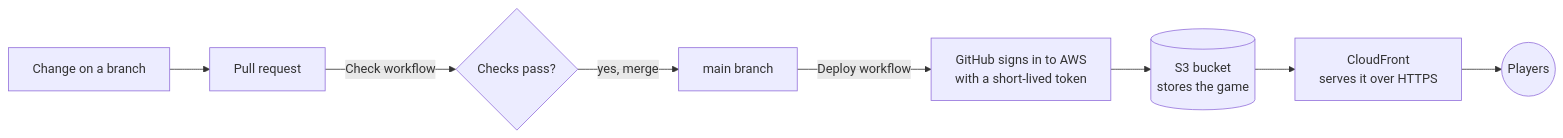
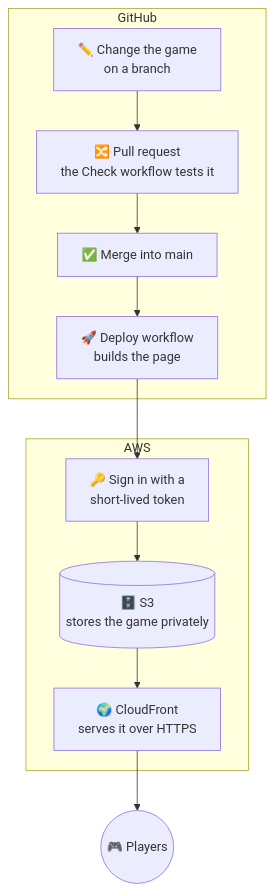
One commit to ok-kewei/cinderella-maze changed the diagram in README.md. Above: the diagram before and after it, drawn with Mermaid.

Commit message:
README: vertical architecture diagram grouped into GitHub and AWS

````diff
--- a/README.md
+++ b/README.md
@@ -40,10 +40,14 @@
 ```mermaid
-flowchart LR
-  A[Change on a branch] --> B[Pull request]
-  B -->|Check workflow| C{Checks pass?}
-  C -->|yes, merge| D[main branch]
-  D -->|Deploy workflow| E[GitHub signs in to AWS<br/>with a short-lived token]
-  E --> F[(S3 bucket<br/>stores the game)]
-  F --> G[CloudFront<br/>serves it over HTTPS]
-  G --> H((Players))
+flowchart TD
+  subgraph GH["GitHub"]
+    A["✏️ Change the game<br/>on a branch"] --> B["🔀 Pull request<br/>the Check workflow tests it"]
+    B --> C["✅ Merge into main"]
+    C --> D["🚀 Deploy workflow<br/>builds the page"]
+  end
+  subgraph AWS["AWS"]
+    E["🔑 Sign in with a<br/>short-lived token"] --> F[("🗄️ S3<br/>stores the game privately")]
+    F --> G["🌍 CloudFront<br/>serves it over HTTPS"]
+  end
+  D --> E
+  G --> H(("🎮 Players"))
 ```
````
